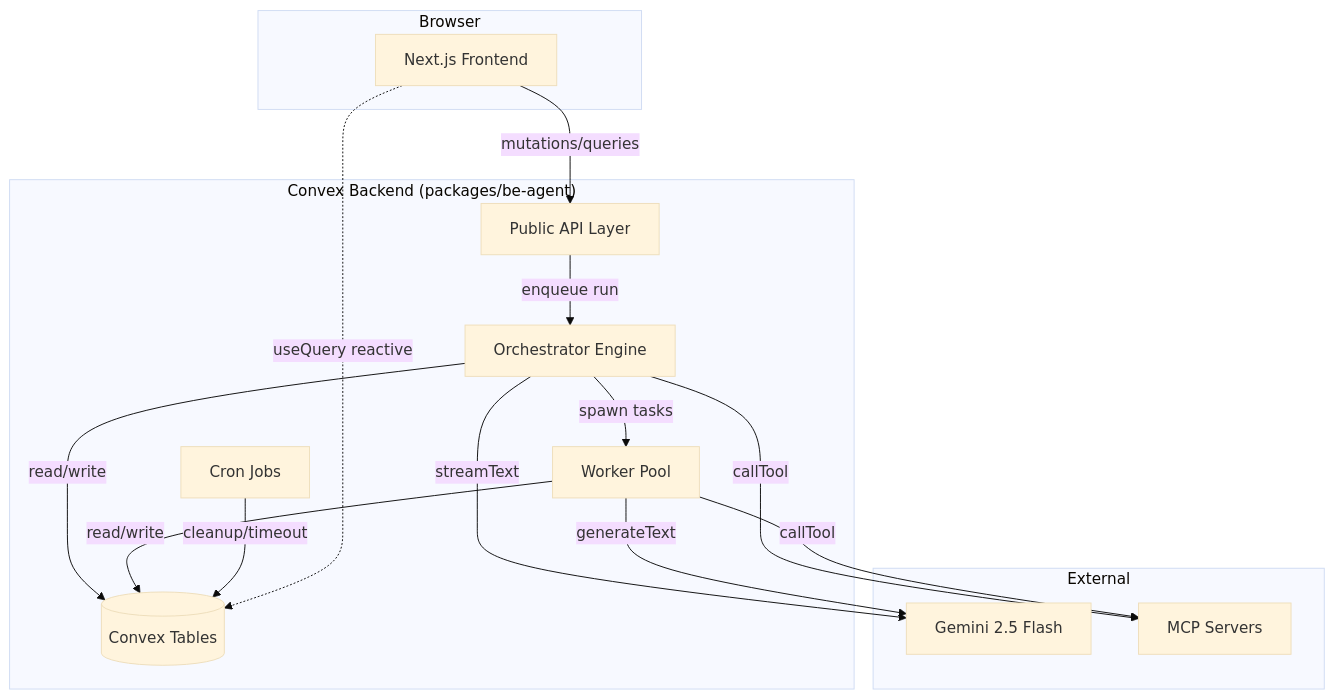
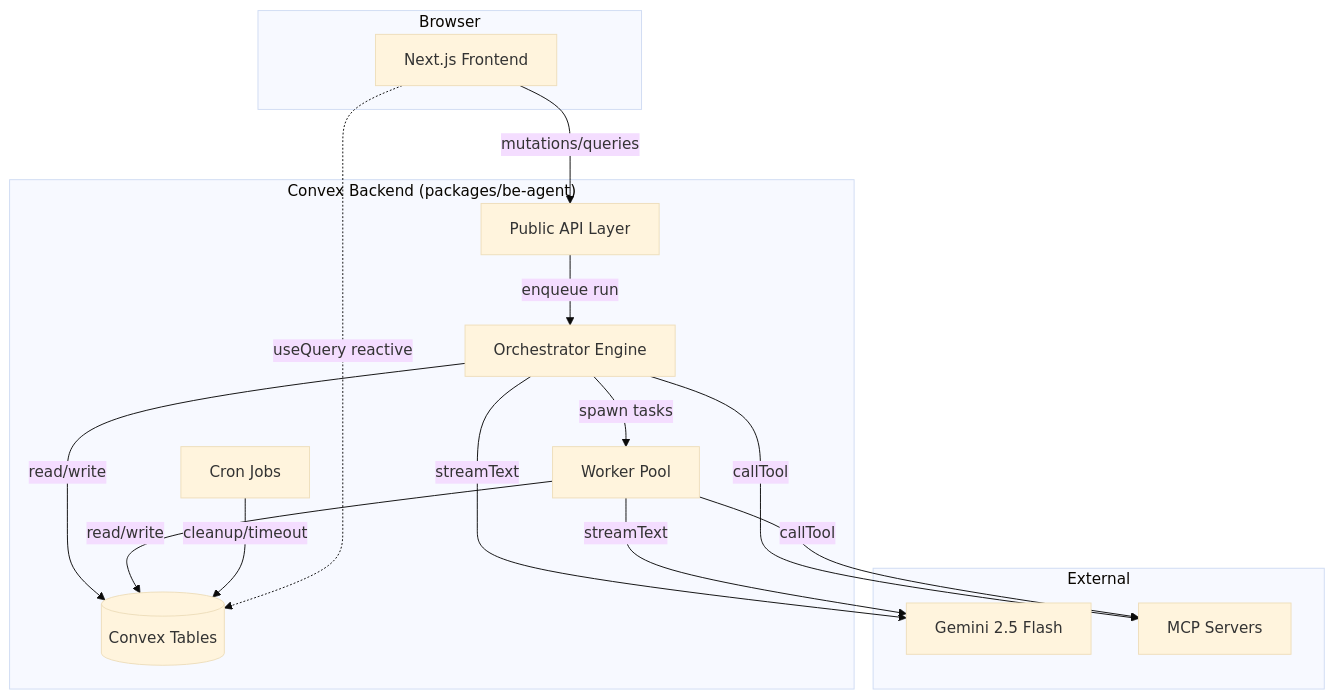
One commit to 1qh/noboil changed the first of 2 diagrams in apps/agent/plan/overview.md. Above: the diagram before and after it, drawn with Mermaid (base theme). The commit also changed other lines of this file and 1 other file, not shown here.

Commit message:
docs: Reprioritize plan — real-time streaming is #1, workers use streamText, ai-elements components, priority checklist, original requirements front and center

````diff
--- a/apps/agent/plan/overview.md
+++ b/apps/agent/plan/overview.md
@@ -32,31 +65,31 @@
 ```mermaid
 graph TB
     subgraph Browser
         UI[Next.js Frontend]
     end
 
     subgraph Convex["Convex Backend (packages/be-agent)"]
         API[Public API Layer]
         ORCH[Orchestrator Engine]
         WORK[Worker Pool]
         CRON[Cron Jobs]
         DB[(Convex Tables)]
     end
 
     subgraph External
         GEMINI[Gemini 2.5 Flash]
         MCP_S[MCP Servers]
     end
 
     UI -->|mutations/queries| API
     API -->|enqueue run| ORCH
     ORCH -->|spawn tasks| WORK
     ORCH -->|streamText| GEMINI
-    WORK -->|generateText| GEMINI
+    WORK -->|streamText| GEMINI
     ORCH -->|callTool| MCP_S
     WORK -->|callTool| MCP_S
     ORCH -->|read/write| DB
     WORK -->|read/write| DB
     CRON -->|cleanup/timeout| DB
     UI -.->|useQuery reactive| DB
 ```
````
